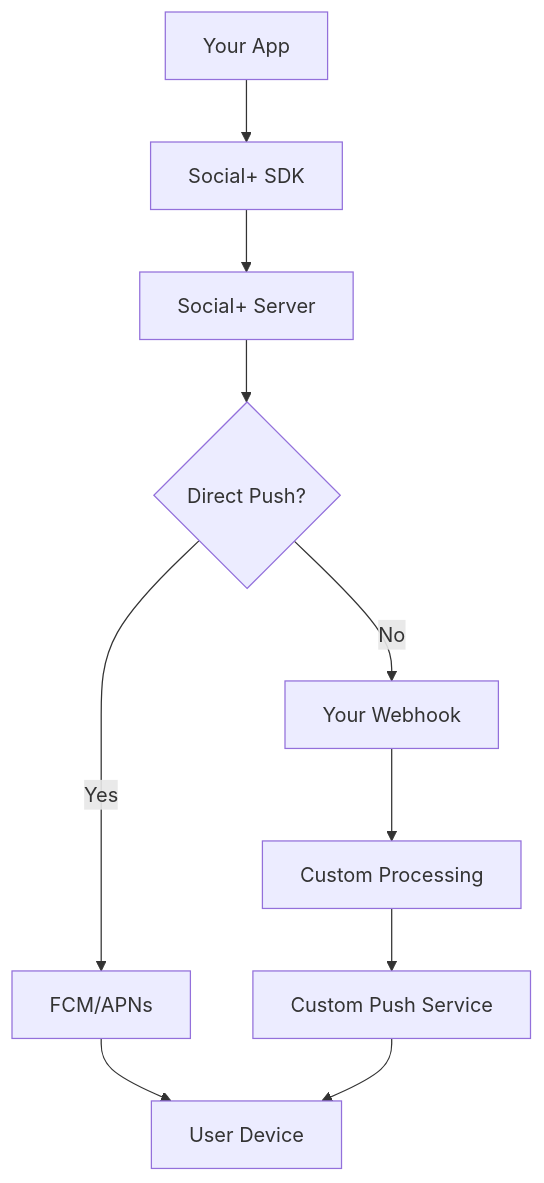
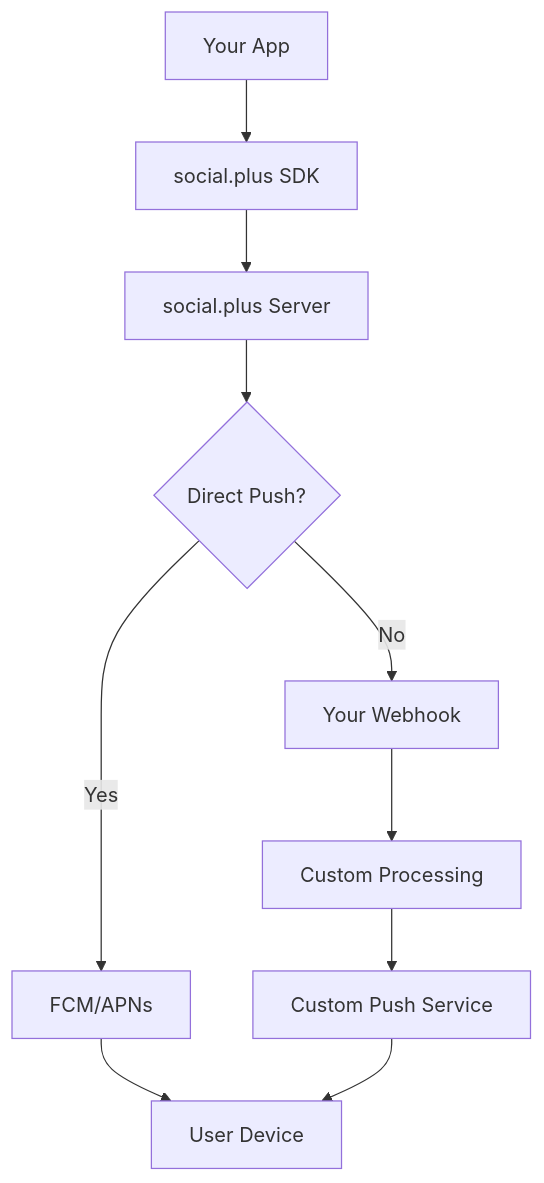
The diagram in social-plus-sdk/core-concepts/realtime-communication/push-notifications/overview.mdx (AmityCo/social-plus-docs), drawn with Mermaid before and after one commit. The commit also changed other lines of this file and 226 other files, not shown here.

Commit message:
feat: rebrand to social.plus

````diff
--- a/social-plus-sdk/core-concepts/realtime-communication/push-notifications/overview.mdx
+++ b/social-plus-sdk/core-concepts/realtime-communication/push-notifications/overview.mdx
@@ -140,12 +140,12 @@
 ```mermaid
 graph TB
-    App[Your App] --> SDK[Social+ SDK]
-    SDK --> Server[Social+ Server]
+    App[Your App] --> SDK[social.plus SDK]
+    SDK --> Server[social.plus Server]
     Server --> Direct{Direct Push?}
     Direct -->|Yes| FCM[FCM/APNs]
     Direct -->|No| Webhook[Your Webhook]
     FCM --> Device[User Device]
     Webhook --> Custom[Custom Processing]
     Custom --> Push[Custom Push Service]
     Push --> Device
 ```
````
